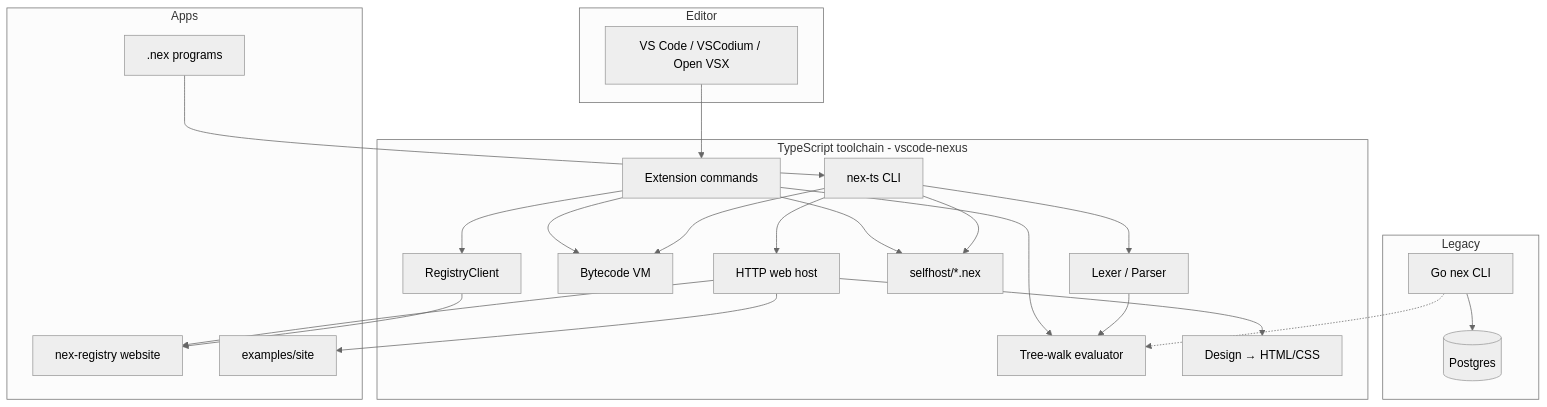
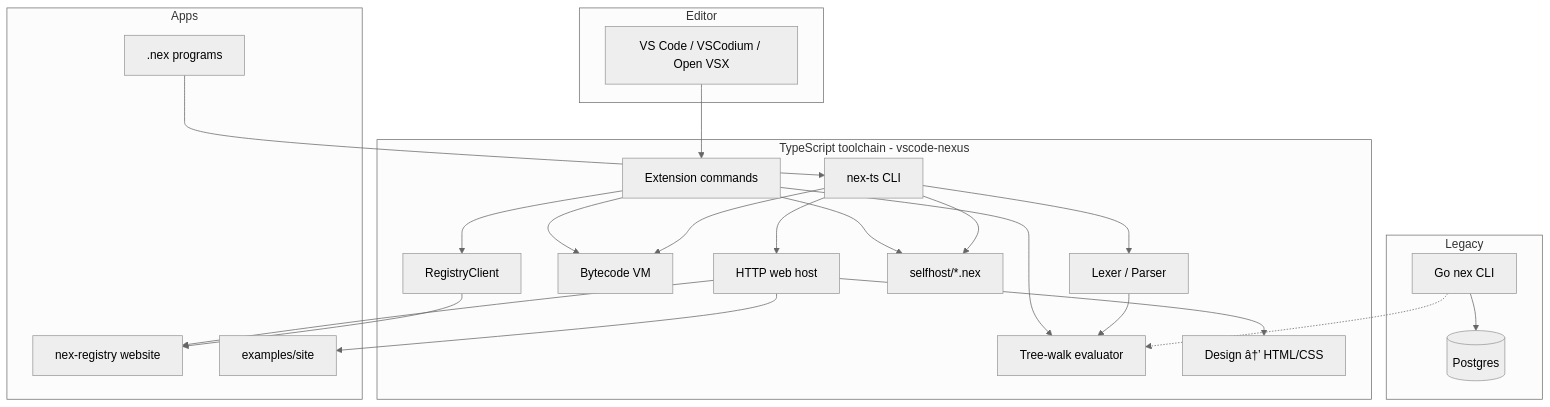
The diagram in README.md (theworker02/nex-lang), drawn with Mermaid (neutral theme) before and after one commit. The commit also changed other lines of this file and 6 other files, not shown here.

````diff
--- a/README.md
+++ b/README.md
@@ -123,46 +123,46 @@
 ```mermaid
 flowchart TB
   subgraph editor [Editor]
     VSCode[VS Code / VSCodium / Open VSX]
   end
 
   subgraph ts [TypeScript toolchain - vscode-nexus]
     CLI[nex-ts CLI]
     Ext[Extension commands]
     Lex[Lexer / Parser]
     Eval[Tree-walk evaluator]
     VM[Bytecode VM]
     Host[HTTP web host]
-    Design[Design → HTML/CSS]
+    Design[Design â†’ HTML/CSS]
     Self[selfhost/*.nex]
     Client[RegistryClient]
   end
 
   subgraph apps [Apps]
     Prog[".nex programs"]
     Reg[nex-registry website]
     Site[examples/site]
   end
 
   subgraph legacy [Legacy]
     GoCLI[Go nex CLI]
     Pg[(Postgres)]
   end
 
   VSCode --> Ext
   Ext --> Eval
   Ext --> VM
   Ext --> Self
   Ext --> Client
   CLI --> Lex --> Eval
   CLI --> VM
   CLI --> Self
   CLI --> Host
   Host --> Design
   Host --> Reg
   Host --> Site
   Prog --> CLI
   Client --> Reg
   GoCLI --> Pg
   GoCLI -.-> Eval
 ```
````
